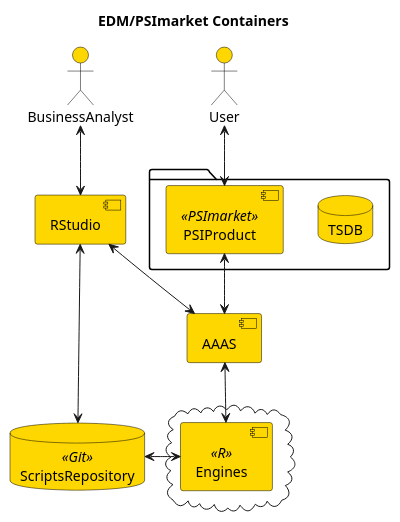
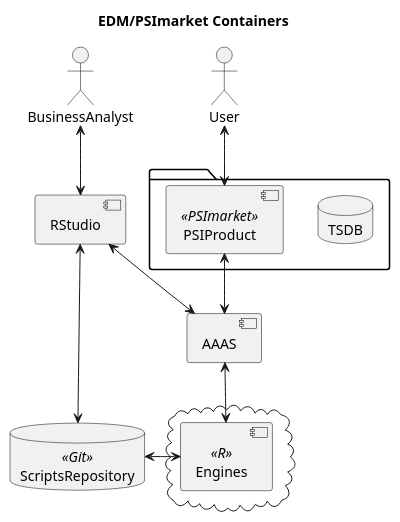
The diagram in doc/4c/2.1 EDM Containers.plantuml (PSI-Polska/aaas-java6), drawn with PlantUML before and after one commit. The commit also changed 1 other file, not shown here.

Commit message:
doc: Address "Openshift issue"

```diff
--- a/doc/4c/2.1 EDM Containers.plantuml
+++ b/doc/4c/2.1 EDM Containers.plantuml
@@ -1,48 +1,46 @@
 @startuml
 skinparam componentStyle uml2
 
 title EDM/PSImarket Containers
 
 actor User
 actor BusinessAnalyst as BA
 package {
     database TSDB as tsdb
     component PSIProduct as PSI <<PSImarket>>
 }
 component RStudio as rstdio
 database ScriptsRepository as scripts <<Git>>
 component AAAS as 3as
 cloud {
     component Engines as engine <<R>>
 }
 
 ' Answers:
 ' * Data (TS) is provided by PSImarket and passed through 3AS to R
 ' * Communication is done synchronously with method calls - tight integration
 ' * Scripts are available for both, RStudio and R through Git repository
 ' * Use case from Rstudio works exaclty the same way as Use case from product
+' * Engines, Scripts repository are dockerized, ready to be run on k8s or openshift
 
 User <--> PSI
 BA <--> rstdio
 rstdio <--> scripts
 PSI <--> 3as
 rstdio <--> 3as
 3as <--> engine
 engine <-right-> scripts
 
 skinparam actor {
   BorderColor black
-  BackgroundColor gold
   ArrowColor black
 }
 skinparam component {
   BorderColor black
-  BackgroundColor gold
   ArrowColor black
 }
 skinparam database {
   BorderColor black
-  BackgroundColor gold
   ArrowColor black
 }
 @enduml
```
